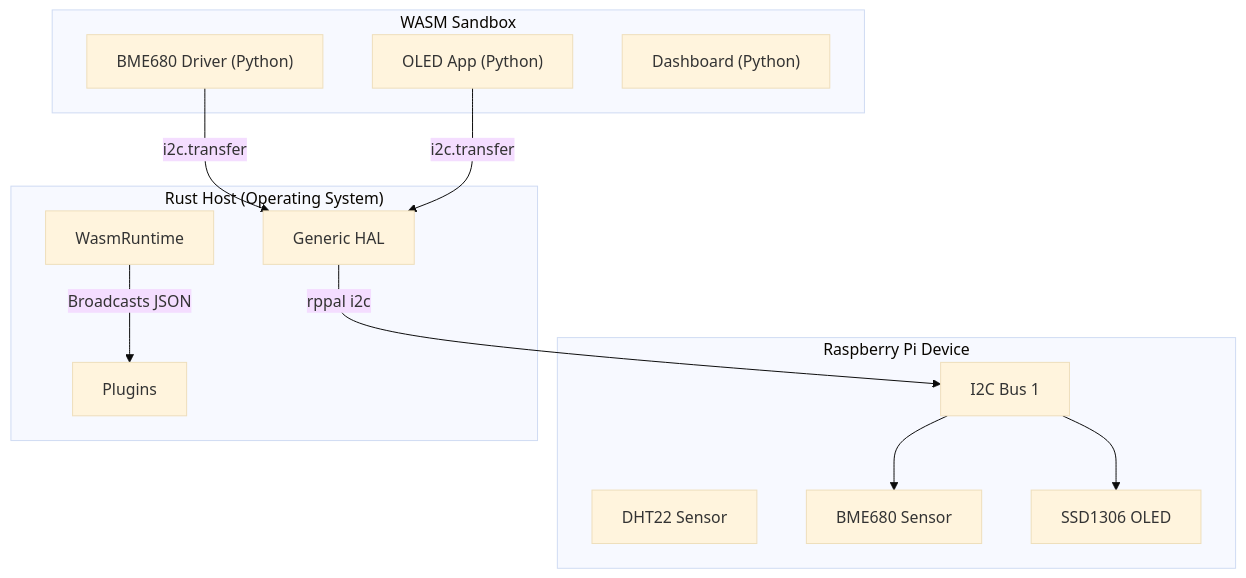
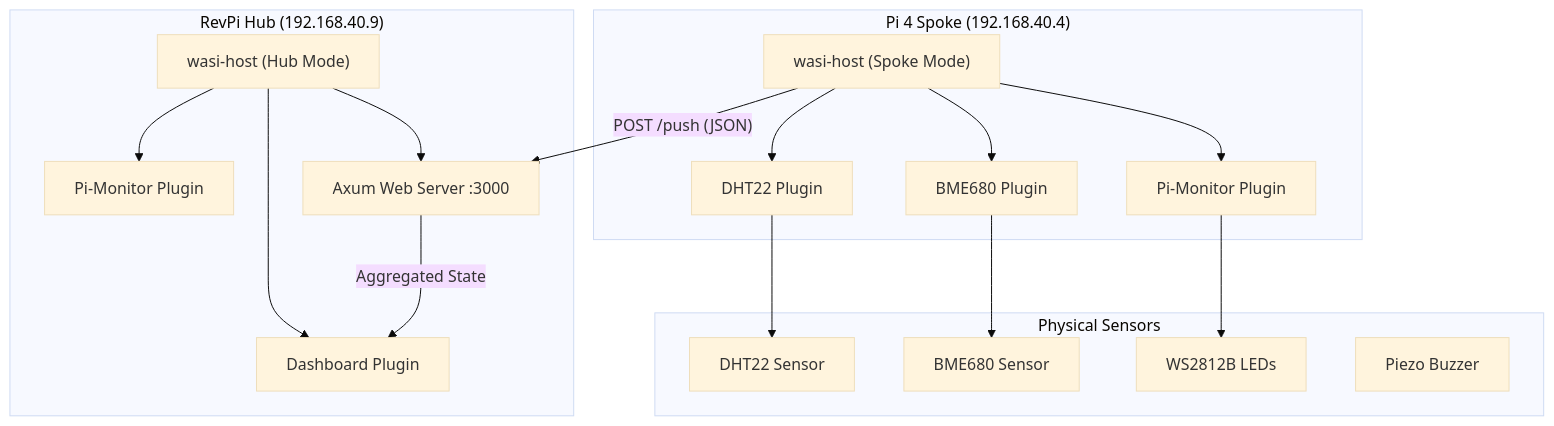
The diagram in README.md (gammahazard/edge-wasi-runtime), drawn with Mermaid (base theme) before and after one commit. The commit also changed other lines of this file and 23 other files, not shown here.

Commit message:
docs: update README, SHOWCASE, architecture; add LED 3 for Hub CPU temp

````diff
--- a/README.md
+++ b/README.md
@@ -26,28 +30,38 @@
 ```mermaid
 graph TD
-    subgraph Pi ["Raspberry Pi Device"]
-        DHT22["DHT22 Sensor"]
-        BME680["BME680 Sensor"]
-        OLED["SSD1306 OLED"]
-        I2C_Bus["I2C Bus 1"]
+    subgraph Hub["RevPi Hub (192.168.40.9)"]
+        HubHost["wasi-host (Hub Mode)"]
+        Dashboard["Dashboard Plugin"]
+        HubMonitor["Pi-Monitor Plugin"]
+        WebServer["Axum Web Server :3000"]
+        
+        HubHost --> Dashboard
+        HubHost --> HubMonitor
+        HubHost --> WebServer
     end
 
-    subgraph Host ["Rust Host (Operating System)"]
-        Runtime["WasmRuntime"]
-        HAL["Generic HAL"]
-        Runtime -->|"Broadcasts JSON"| Plugins
+    subgraph Spoke["Pi 4 Spoke (192.168.40.4)"]
+        SpokeHost["wasi-host (Spoke Mode)"]
+        DHT22["DHT22 Plugin"]
+        BME680["BME680 Plugin"]
+        SpokeMonitor["Pi-Monitor Plugin"]
+        
+        SpokeHost --> DHT22
+        SpokeHost --> BME680
+        SpokeHost --> SpokeMonitor
     end
 
-    subgraph UserSpace ["WASM Sandbox"]
-        BME680_Driver["BME680 Driver (Python)"]
-        OLED_App["OLED App (Python)"]
-        Dashboard["Dashboard (Python)"]
-        
-        BME680_Driver -->|"i2c.transfer"| HAL
-        OLED_App -->|"i2c.transfer"| HAL
+    subgraph Hardware["Physical Sensors"]
+        DHT22Sensor["DHT22 Sensor"]
+        BME680Sensor["BME680 Sensor"]
+        LEDs["WS2812B LEDs"]
+        Buzzer["Piezo Buzzer"]
     end
 
-    HAL -->|"rppal i2c"| I2C_Bus
-    I2C_Bus --> BME680
-    I2C_Bus --> OLED
+    SpokeHost -->|"POST /push (JSON)"| WebServer
+    WebServer -->|"Aggregated State"| Dashboard
+    
+    DHT22 --> DHT22Sensor
+    BME680 --> BME680Sensor
+    SpokeMonitor --> LEDs
 ```
````
